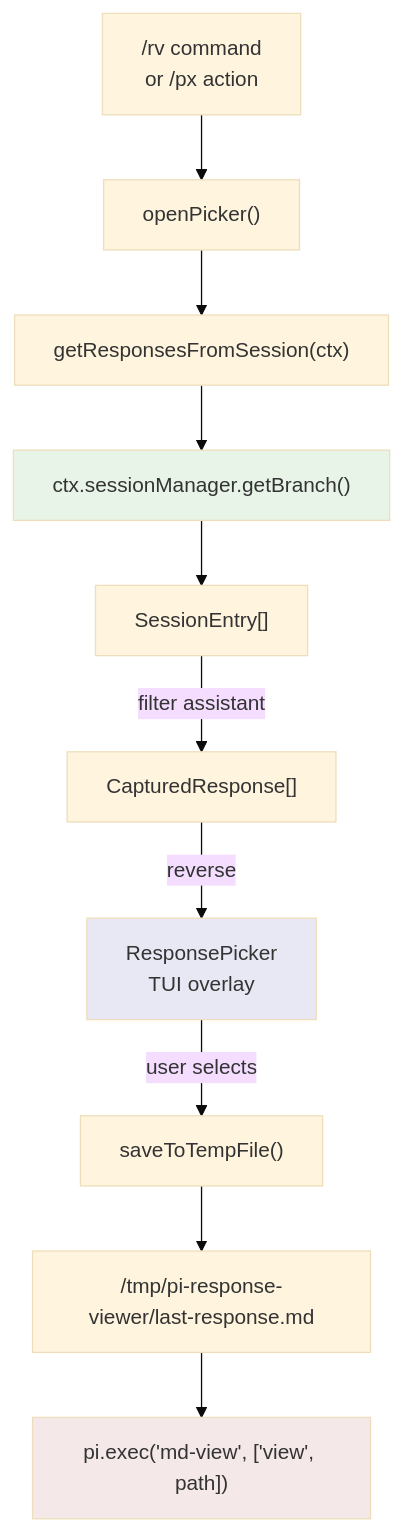
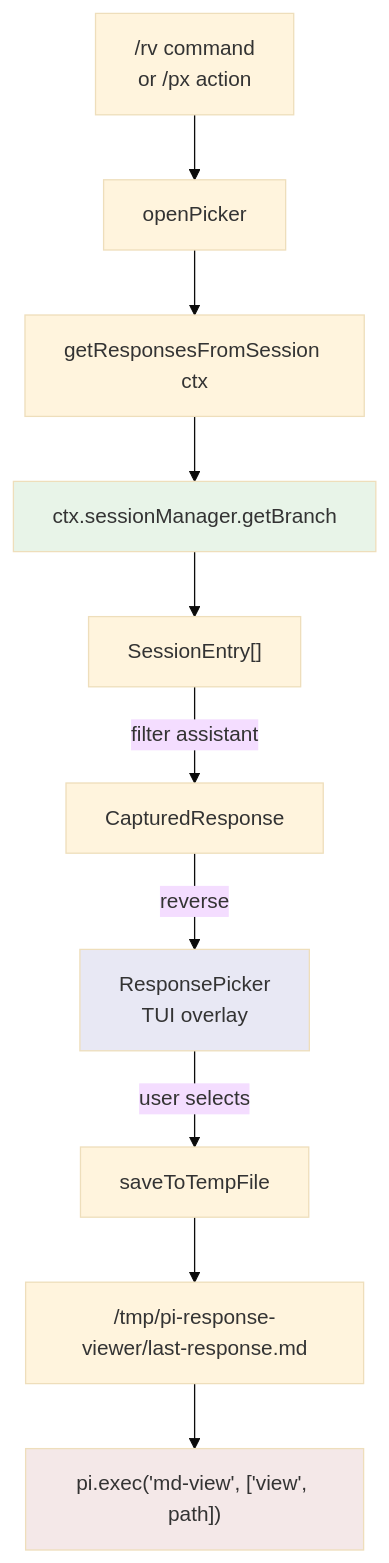
One commit to go-go-golems/go-go-parc changed the diagram in Projects/2026/05/21/ARTICLE - Response Viewer - A Pi Extension for Browsing and Opening Assistant Responses in a Markdown Viewer.md. Above: the diagram before and after it, drawn with Mermaid (base theme). The commit also changed 2 other files, not shown here.

Commit message:
:art: Add new articles

````diff
--- a/Projects/2026/05/21/ARTICLE - Response Viewer - A Pi Extension for Browsing and Opening Assistant Responses in a Markdown Viewer.md
+++ b/Projects/2026/05/21/ARTICLE - Response Viewer - A Pi Extension for Browsing and Opening Assistant Responses in a Markdown Viewer.md
@@ -56,16 +56,16 @@
 ```mermaid
 flowchart TD
-    A["/rv command<br>or /px action"] --> B["openPicker()"]
-    B --> C["getResponsesFromSession(ctx)"]
-    C --> D["ctx.sessionManager.getBranch()"]
+    A["/rv command<br>or /px action"] --> B["openPicker"]
+    B --> C["getResponsesFromSession ctx "]
+    C --> D["ctx.sessionManager.getBranch"]
     D --> E["SessionEntry[]"]
-    E -->|filter assistant| F["CapturedResponse[]"]
+    E -->|filter assistant| F["CapturedResponse "]
     F -->|reverse| G["ResponsePicker<br>TUI overlay"]
-    G -->|user selects| H["saveToTempFile()"]
+    G -->|user selects| H["saveToTempFile"]
     H --> I["/tmp/pi-response-viewer/last-response.md"]
     I --> J["pi.exec('md-view', ['view', path])"]
 
     style D fill:#e8f4e8
     style G fill:#e8e8f4
     style J fill:#f4e8e8
 ```
````
